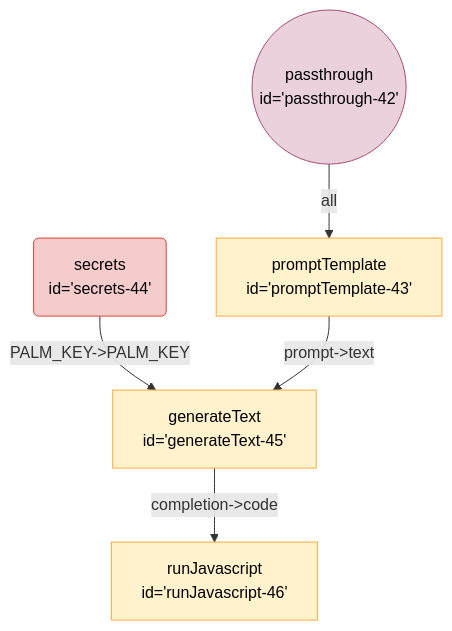
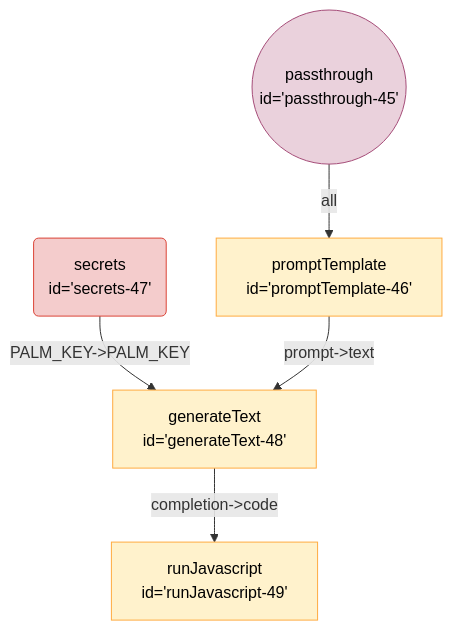
The diagram in seeds/breadboard-web/docs/graphs/new/math-inline-chain.md (breadboard-ai/breadboard), drawn with Mermaid before and after one commit. The commit also changed 19 other files, not shown here.

````diff
--- a/seeds/breadboard-web/docs/graphs/new/math-inline-chain.md
+++ b/seeds/breadboard-web/docs/graphs/new/math-inline-chain.md
@@ -3,16 +3,16 @@
 ```mermaid
 %%{init: 'themeVariables': { 'fontFamily': 'Fira Code, monospace' }}%%
 graph TD;
-generateText45["generateText <br> id='generateText-45'"] -- "completion->code" --> runJavascript46["runJavascript <br> id='runJavascript-46'"]
-secrets44("secrets <br> id='secrets-44'"):::secrets -- "PALM_KEY->PALM_KEY" --> generateText45["generateText <br> id='generateText-45'"]
-promptTemplate43["promptTemplate <br> id='promptTemplate-43'"] -- "prompt->text" --> generateText45["generateText <br> id='generateText-45'"]
-passthrough42(("passthrough <br> id='passthrough-42'")):::passthrough -- all --> promptTemplate43["promptTemplate <br> id='promptTemplate-43'"]
+generateText48["generateText <br> id='generateText-48'"] -- "completion->code" --> runJavascript49["runJavascript <br> id='runJavascript-49'"]
+secrets47("secrets <br> id='secrets-47'"):::secrets -- "PALM_KEY->PALM_KEY" --> generateText48["generateText <br> id='generateText-48'"]
+promptTemplate46["promptTemplate <br> id='promptTemplate-46'"] -- "prompt->text" --> generateText48["generateText <br> id='generateText-48'"]
+passthrough45(("passthrough <br> id='passthrough-45'")):::passthrough -- all --> promptTemplate46["promptTemplate <br> id='promptTemplate-46'"]
 classDef default stroke:#ffab40,fill:#fff2ccff,color:#000
 classDef input stroke:#3c78d8,fill:#c9daf8ff,color:#000
 classDef output stroke:#38761d,fill:#b6d7a8ff,color:#000
 classDef passthrough stroke:#a64d79,fill:#ead1dcff,color:#000
 classDef slot stroke:#a64d79,fill:#ead1dcff,color:#000
 classDef config stroke:#a64d79,fill:#ead1dcff,color:#000
 classDef secrets stroke:#db4437,fill:#f4cccc,color:#000
 classDef slotted stroke:#a64d79
 ```
````
